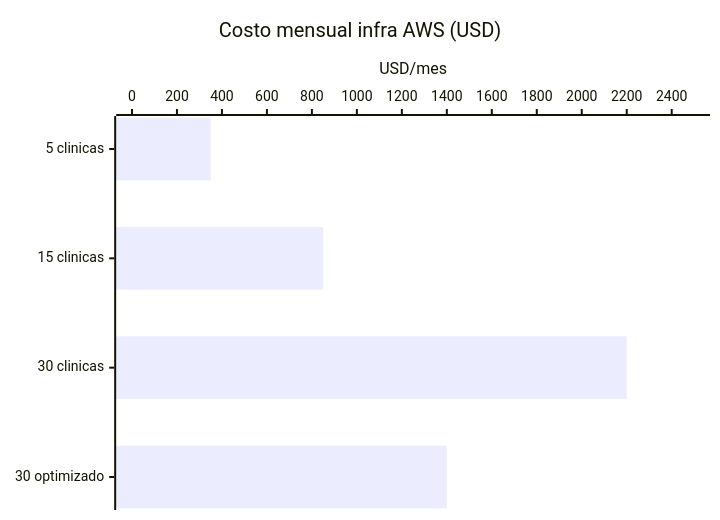
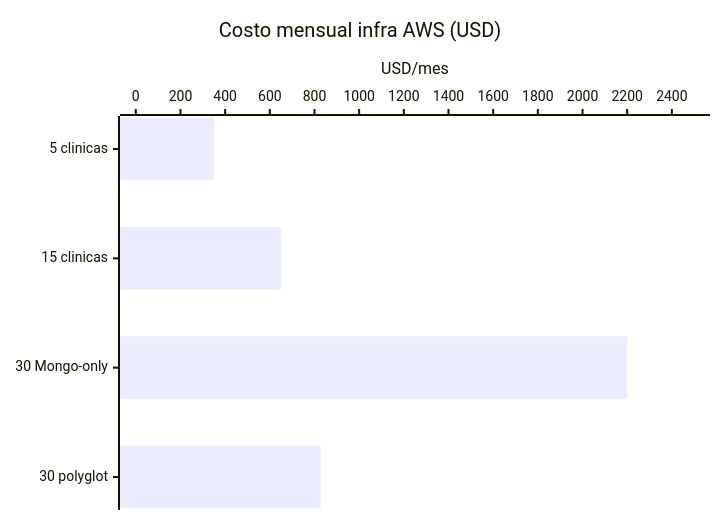
Diagram 19 of 20 in README.md (gmeono94/nua-salud-panel), drawn with Mermaid before and after one commit. The commit also changed other lines of this file, not shown here.

First line of the commit message:
docs: comprehensive README rewrite with CTO-level architecture decisions

````diff
--- a/README.md
+++ b/README.md
@@ -871,7 +980,7 @@
 ```mermaid
 xychart-beta horizontal
     title "Costo mensual infra AWS (USD)"
-    x-axis ["5 clinicas", "15 clinicas", "30 clinicas", "30 optimizado"]
+    x-axis ["5 clinicas", "15 clinicas", "30 Mongo-only", "30 polyglot"]
     y-axis "USD/mes" 0 --> 2500
-    bar [350, 850, 2200, 1400]
+    bar [350, 650, 2200, 827]
 ```
````
